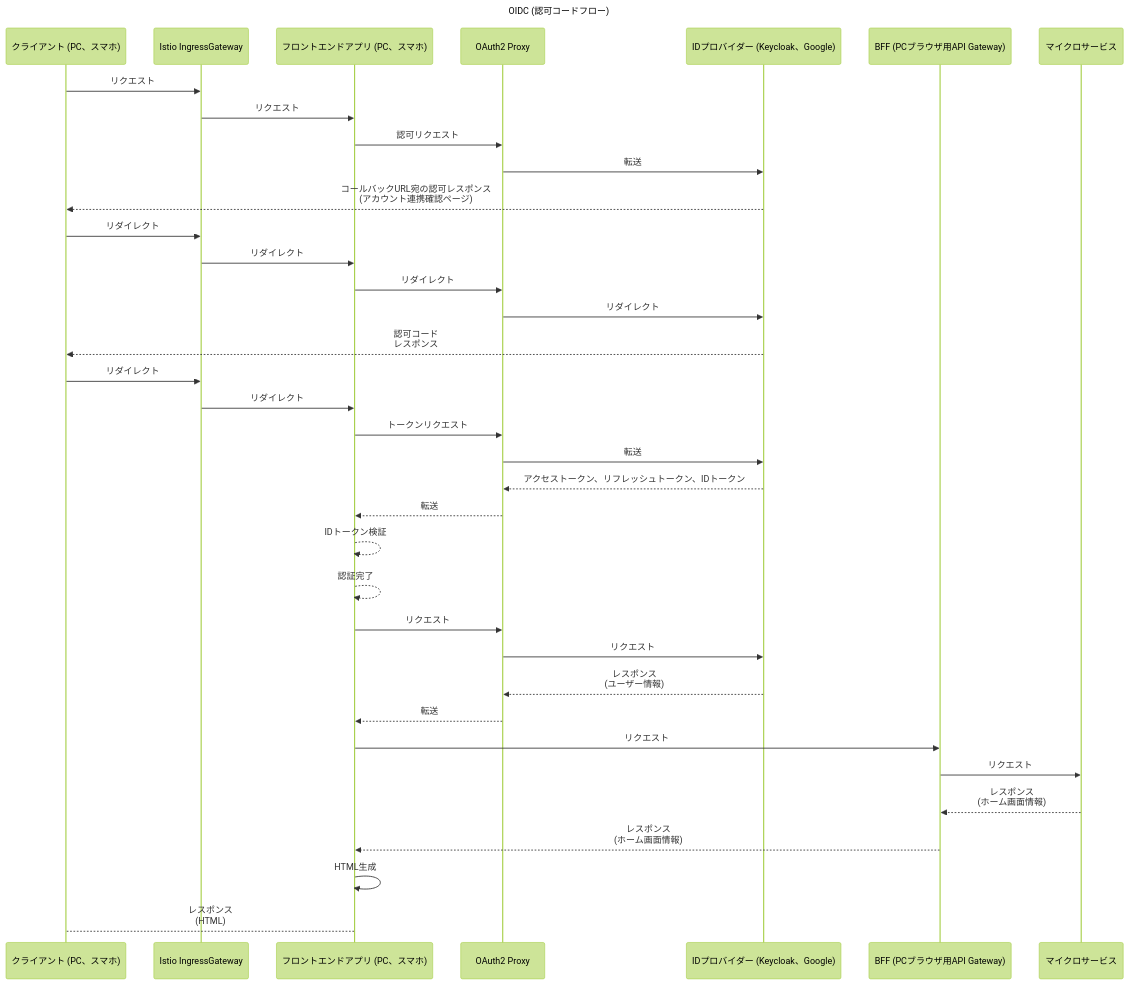
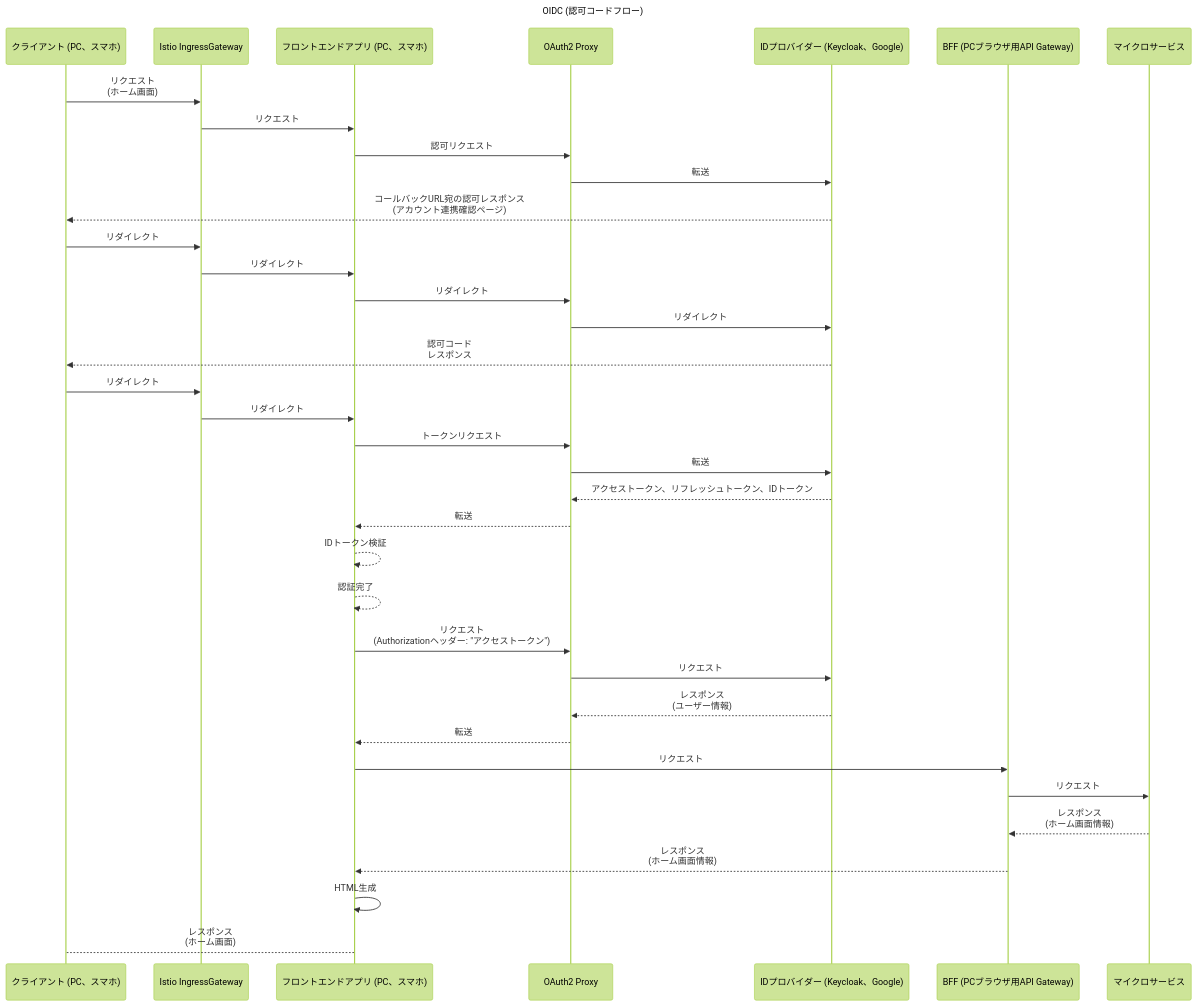
Before and after one commit to hiroki-it/hatenablog: the diagram in dist/draft/【Kubernetes☸️】CNCFとAWSを組み合わせたマイクロサービスアーキテクチャ設計の考察.md, drawn with Mermaid (forest theme).

Commit message:
update 記事を更新した。

````diff
--- a/dist/draft/【Kubernetes☸️】CNCFとAWSを組み合わせたマイクロサービスアーキテクチャ設計の考察.md
+++ b/dist/draft/【Kubernetes☸️】CNCFとAWSを組み合わせたマイクロサービスアーキテクチャ設計の考察.md
@@ -66,37 +66,37 @@
 ```mermaid
 ---
 title: OIDC (認可コードフロー)
 ---
 sequenceDiagram
-    クライアント (PC、スマホ) ->> Istio IngressGateway: リクエスト
+    クライアント (PC、スマホ) ->> Istio IngressGateway: リクエスト<br>(ホーム画面)
     Istio IngressGateway ->> フロントエンドアプリ (PC、スマホ) : リクエスト
     フロントエンドアプリ (PC、スマホ) ->> OAuth2 Proxy: 認可リクエスト
     OAuth2 Proxy ->> IDプロバイダー (Keycloak、Google) : 転送
     IDプロバイダー (Keycloak、Google) -->> クライアント (PC、スマホ) : コールバックURL宛の認可レスポンス<br>(アカウント連携確認ページ)
-    
+
     クライアント (PC、スマホ) ->> Istio IngressGateway: リダイレクト
     Istio IngressGateway ->> フロントエンドアプリ (PC、スマホ) : リダイレクト
     フロントエンドアプリ (PC、スマホ) ->> OAuth2 Proxy: リダイレクト
     OAuth2 Proxy ->> IDプロバイダー (Keycloak、Google) : リダイレクト
     IDプロバイダー (Keycloak、Google) -->> クライアント (PC、スマホ) : 認可コード<br>レスポンス
-    
+
     クライアント (PC、スマホ) ->> Istio IngressGateway: リダイレクト
     Istio IngressGateway ->> フロントエンドアプリ (PC、スマホ) : リダイレクト
     フロントエンドアプリ (PC、スマホ) ->> OAuth2 Proxy: トークンリクエスト
     OAuth2 Proxy ->> IDプロバイダー (Keycloak、Google) : 転送
 
     IDプロバイダー (Keycloak、Google) -->> OAuth2 Proxy : アクセストークン、リフレッシュトークン、IDトークン
     OAuth2 Proxy -->> フロントエンドアプリ (PC、スマホ) : 転送
     フロントエンドアプリ (PC、スマホ) -->> フロントエンドアプリ (PC、スマホ) : IDトークン検証
     フロントエンドアプリ (PC、スマホ) -->> フロントエンドアプリ (PC、スマホ) : 認証完了
-    フロントエンドアプリ (PC、スマホ) ->> OAuth2 Proxy: リクエスト
+    フロントエンドアプリ (PC、スマホ) ->> OAuth2 Proxy: リクエスト<br>(Authorizationヘッダー: "アクセストークン")
     OAuth2 Proxy ->> IDプロバイダー (Keycloak、Google) : リクエスト
     IDプロバイダー (Keycloak、Google) -->> OAuth2 Proxy : レスポンス<br>(ユーザー情報)
     OAuth2 Proxy -->> フロントエンドアプリ (PC、スマホ) : 転送
     フロントエンドアプリ (PC、スマホ) ->> BFF (PCブラウザ用API Gateway): リクエスト
     BFF (PCブラウザ用API Gateway) ->> マイクロサービス : リクエスト
     マイクロサービス -->> BFF (PCブラウザ用API Gateway) : レスポンス<br>(ホーム画面情報)
     BFF (PCブラウザ用API Gateway) -->> フロントエンドアプリ (PC、スマホ) : レスポンス<br>(ホーム画面情報)
     フロントエンドアプリ (PC、スマホ) ->> フロントエンドアプリ (PC、スマホ) : HTML生成
-    フロントエンドアプリ (PC、スマホ) --> クライアント (PC、スマホ): レスポンス<br>(HTML)
+    フロントエンドアプリ (PC、スマホ) --> クライアント (PC、スマホ): レスポンス<br>(ホーム画面)
 ```
````
